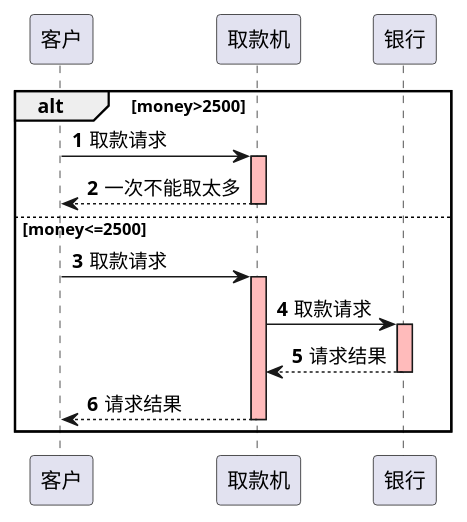
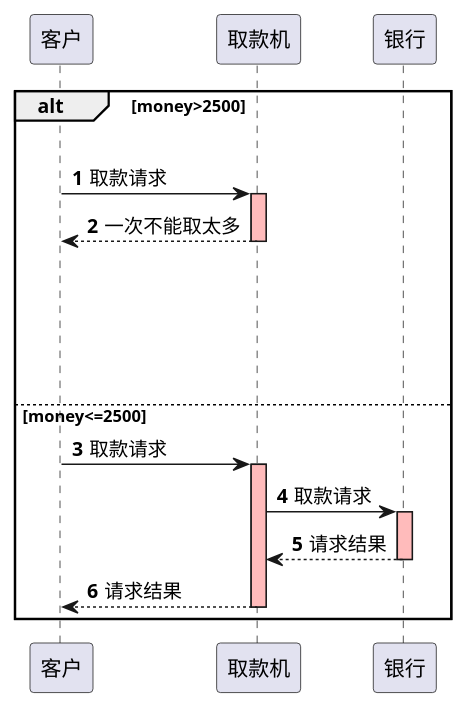
Before and after one commit to yunguanglu501/uml: the diagram in src/main/java/com/example/uml/序列图/1.puml, drawn with PlantUML. The commit also changed 10 other files, not shown here.

```diff
--- a/src/main/java/com/example/uml/序列图/1.puml
+++ b/src/main/java/com/example/uml/序列图/1.puml
@@ -1,22 +1,24 @@
 @startuml
 'https://plantuml.com/sequence-diagram
 
 autonumber
 
 alt money>2500
+|||
 客户 -> 取款机: 取款请求
 activate 取款机 #FFBBBB
 取款机 --> 客户: 一次不能取太多
+||100||
 deactivate 取款机
 
 else money<=2500
 客户 -> 取款机: 取款请求
 activate 取款机 #FFBBBB
 取款机 -> 银行: 取款请求
 activate 银行 #FFBBBB
 银行 --> 取款机: 请求结果
 deactivate 银行
 取款机 --> 客户: 请求结果
 deactivate 取款机
 end
 @enduml
```
